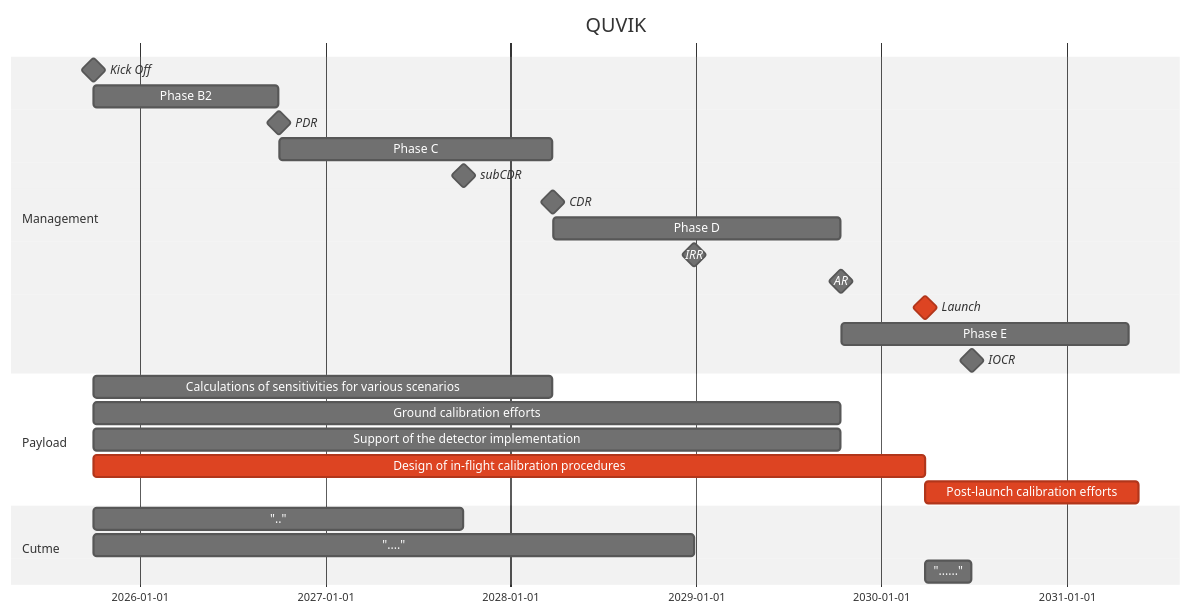
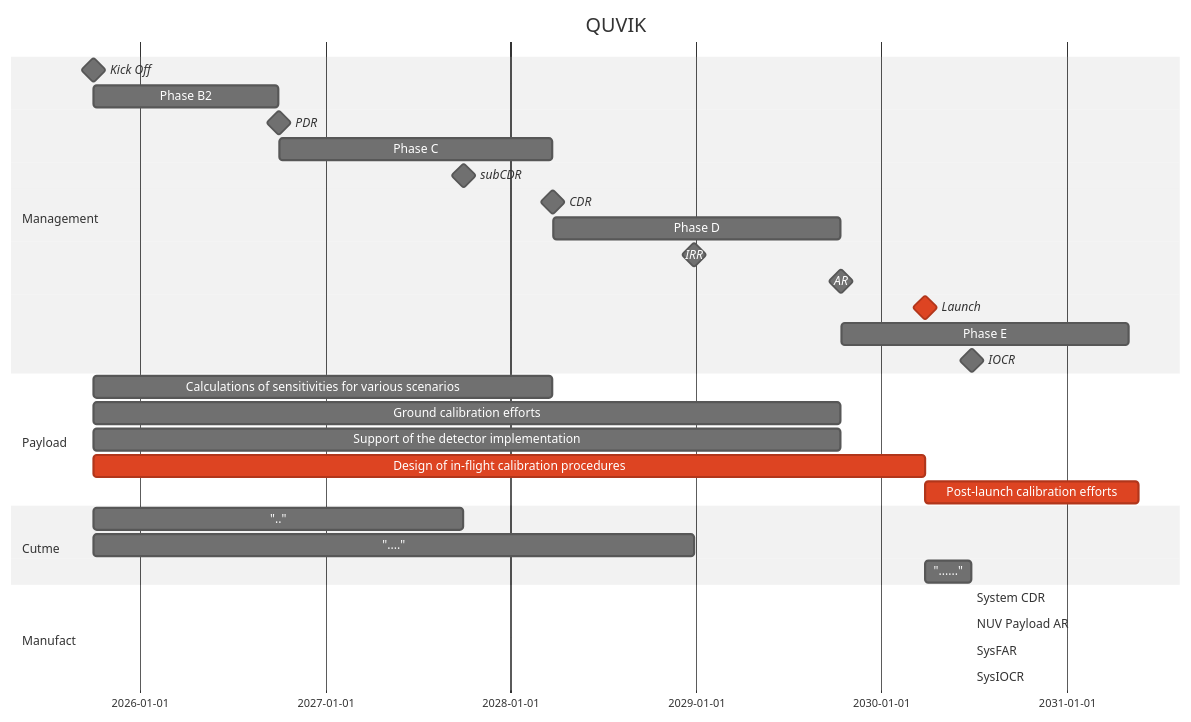
Before and after one commit to limu007/quvik: the diagram in calib/Pload.md, drawn with Mermaid (neutral theme).

````diff
--- a/calib/Pload.md
+++ b/calib/Pload.md
@@ -8,31 +8,37 @@
 ```mermaid
 gantt
     title QUVIK
     dateFormat  YYYY-MM-DD
     section Management
     Kick Off : milestone, m1, 2025-09-31, 1d
     Phase B2 : b2, after m1, 52w
     PDR : milestone, pdr, after b2, 1d
     Phase C : c1, after pdr, 77w
     subCDR :  milestone, sc1, after des, 1d
     CDR : milestone, cdr, after c1, 1d
     Phase D : d1, after cdr, 81w
     IRR : milestone, irr, after imp, 1d
     AR : milestone, ar, after d1, 1d
     Launch : crit, milestone, frr, after dcal, 1d
     Phase E : e1, after ar, 81w
     IOCR : milestone, iocr, after e2, 1d
 
     section Payload
     Calculations of sensitivities for various scenarios :  after m1 , until cdr
     Ground calibration efforts :  after m1 , until ar
     Support of the detector implementation :  after m1 , until ar 
     Design of in-flight calibration procedures : crit, dcal, after m1 , 234w
     Post-launch calibration efforts : crit, after frr , 420d
 
     section Cutme 
     ".." : 	des, after m1	, 104w
     "...." : imp, after m1 , 169w
     "......" : e2, after frr, 13w
 
+    section Manufact
+    System CDR: SysPDR + 18 months
+    NUV Payload AR: System CDR + 14 months
+    SysFAR: System CDR + 22 months
+    SysIOCR: SysFAR + 7 months
+
 ```
````
